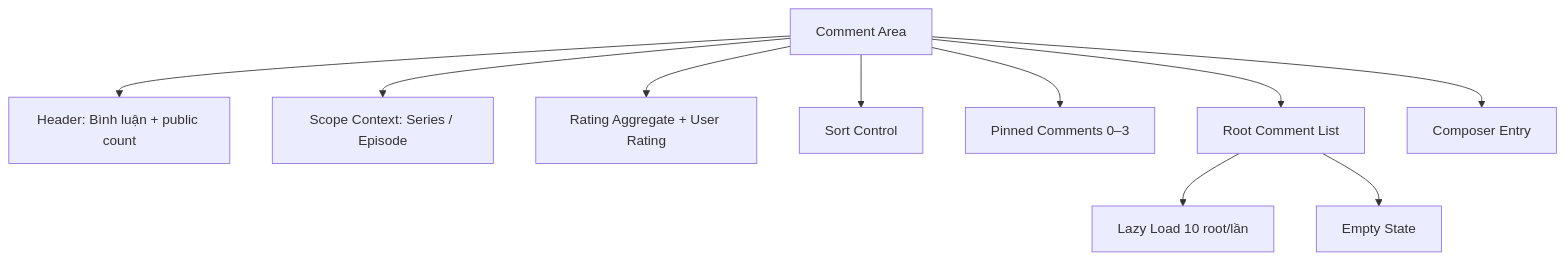
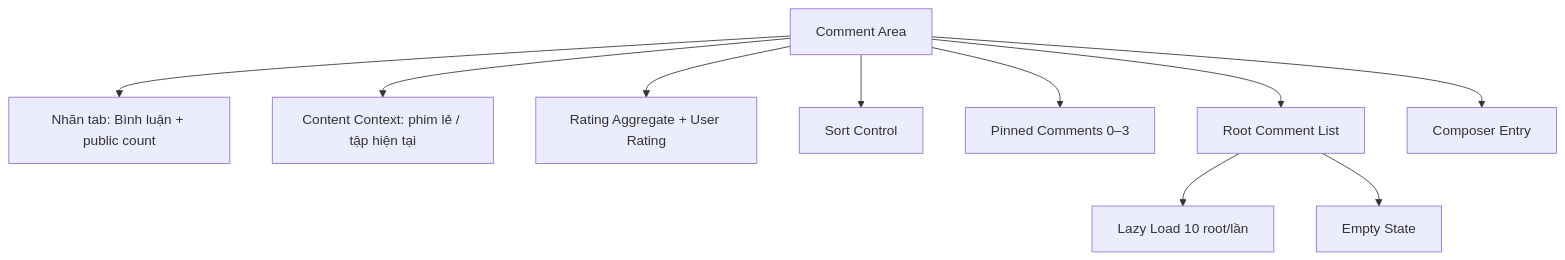
Before and after one commit to TanUIUX/MyTV-Comment: the second of 9 diagrams in UX_INFORMATION_ARCHITECTURE_SCREEN_MAP.md, drawn with Mermaid. The commit also changed other lines of this file and 15 other files, not shown here.

````diff
--- a/UX_INFORMATION_ARCHITECTURE_SCREEN_MAP.md
+++ b/UX_INFORMATION_ARCHITECTURE_SCREEN_MAP.md
@@ -188,23 +191,23 @@
 ```mermaid
 flowchart TD
     CA["Comment Area"]
-    HEADER["Header: Bình luận + public count"]
-    CONTEXT["Scope Context: Series / Episode"]
+    TAB["Nhãn tab: Bình luận + public count"]
+    CONTEXT["Content Context: phim lẻ / tập hiện tại"]
     RATE["Rating Aggregate + User Rating"]
     SORT["Sort Control"]
     PIN["Pinned Comments 0–3"]
     ROOTS["Root Comment List"]
     LOAD["Lazy Load 10 root/lần"]
     EMPTY["Empty State"]
     COMP["Composer Entry"]
 
-    CA --> HEADER
+    CA --> TAB
     CA --> CONTEXT
     CA --> RATE
     CA --> SORT
     CA --> PIN
     CA --> ROOTS
     CA --> COMP
     ROOTS --> LOAD
     ROOTS --> EMPTY
 ```
````
